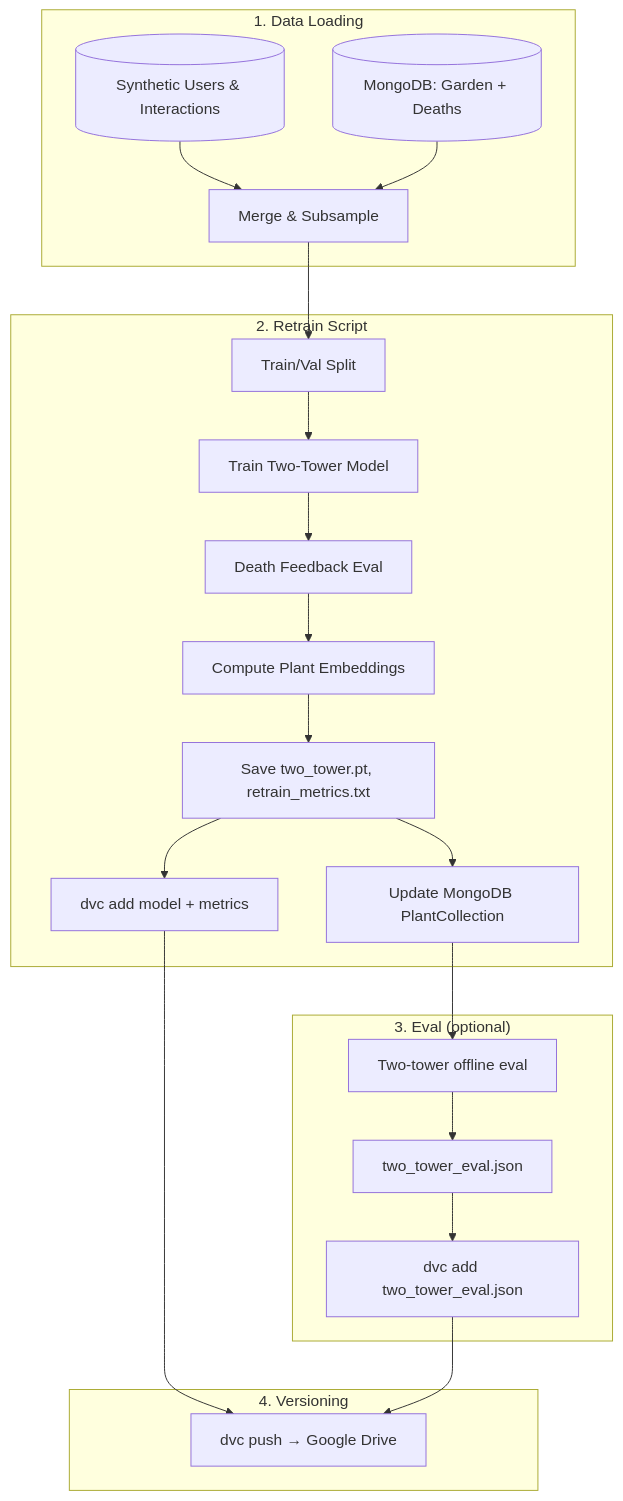
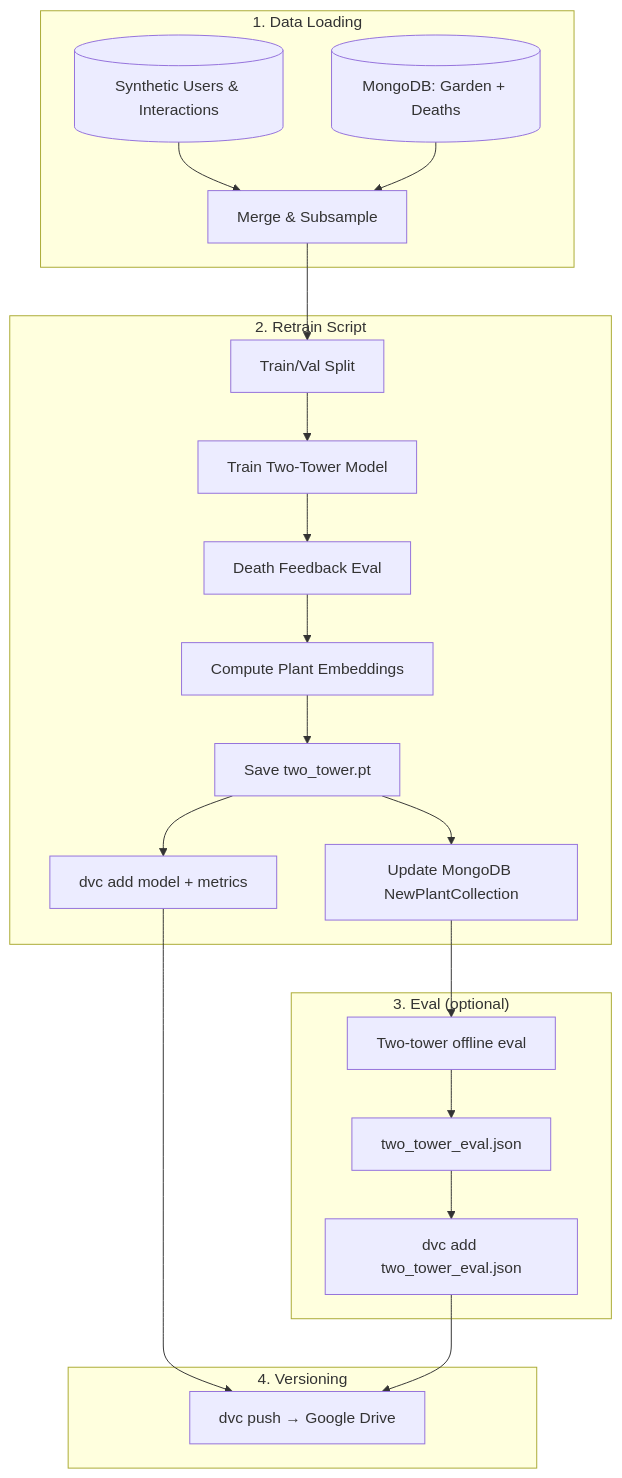
The fourth of 4 diagrams in README.md (JaredAung/HowToNotKillYourPlants), drawn with Mermaid before and after one commit. The commit also changed other lines of this file and 43 other files, not shown here.

````diff
--- a/README.md
+++ b/README.md
@@ -259,30 +249,30 @@
 ```mermaid
 flowchart TD
     subgraph Data["1. Data Loading"]
         Synthetic[(Synthetic Users & Interactions)]
         Mongo[(MongoDB: Garden + Deaths)]
         Synthetic --> Merge[Merge & Subsample]
         Mongo --> Merge
     end
 
     subgraph Train["2. Retrain Script"]
         Merge --> Split[Train/Val Split]
         Split --> TrainLoop[Train Two-Tower Model]
         TrainLoop --> DeathEval[Death Feedback Eval]
         DeathEval --> Embed[Compute Plant Embeddings]
-        Embed --> Save[Save two_tower.pt, retrain_metrics.txt]
-        Save --> MongoUpdate[Update MongoDB PlantCollection]
+        Embed --> Save[Save two_tower.pt]
+        Save --> MongoUpdate[Update MongoDB NewPlantCollection]
         Save --> DVCAdd1[dvc add model + metrics]
     end
 
     subgraph Eval["3. Eval (optional)"]
         MongoUpdate --> TwoTowerEval[Two-tower offline eval]
         TwoTowerEval --> EvalJson[two_tower_eval.json]
         EvalJson --> DVCAdd2[dvc add two_tower_eval.json]
     end
 
     subgraph Version["4. Versioning"]
         DVCAdd1 --> DVCPush
         DVCAdd2 --> DVCPush[dvc push → Google Drive]
     end
 ```
````
